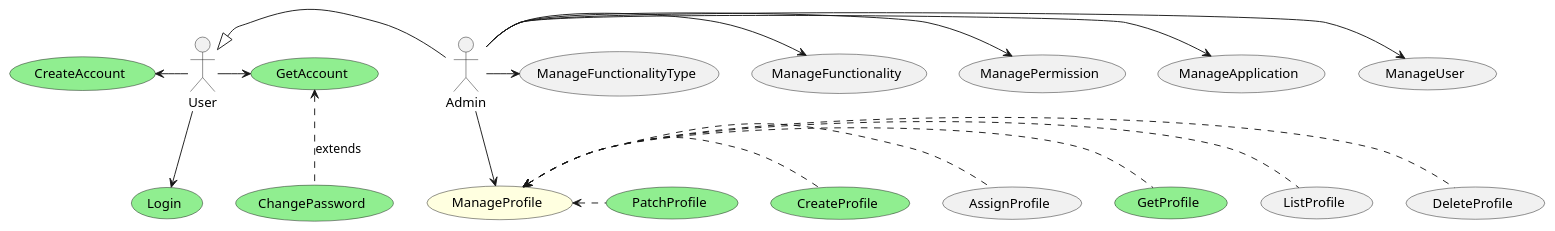
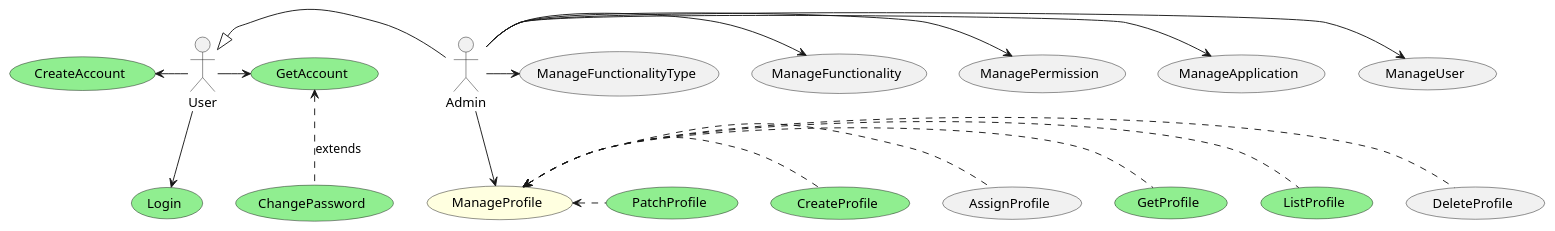
The diagram in documentation/UseCase.iam.puml (zehgreven/nutri-be-ddd-ca), drawn with PlantUML before and after one commit. The commit also changed 12 other files, not shown here.

Commit message:
Created ListProfile

```diff
--- a/documentation/UseCase.iam.puml
+++ b/documentation/UseCase.iam.puml
@@ -1,36 +1,37 @@
 @startuml Use Case
 
 actor User
 actor Admin
 
 usecase CreateAccount #LightGreen
 usecase Login #LightGreen
 usecase GetAccount #LightGreen
 usecase ChangePassword #LightGreen
 usecase CreateProfile #LightGreen
 usecase GetProfile #LightGreen
 usecase PatchProfile #LightGreen
+usecase ListProfile #LightGreen
 usecase ManageProfile #LightYellow
 
 User <|-r- Admin
 
 User -l-> (CreateAccount) 
 User -r-> (GetAccount)
 (GetAccount) <.d. (ChangePassword) : extends
 User -d-> (Login)
 
 Admin --> (ManageProfile) 
 (ManageProfile) <.r. (AssignProfile) 
 (ManageProfile) <.r. (CreateProfile) 
 (ManageProfile) <.r. (PatchProfile) 
 (ManageProfile) <.r. (DeleteProfile) 
 (ManageProfile) <.r. (ListProfile) 
 (ManageProfile) <.r. (GetProfile) 
 
 Admin -r-> (ManageUser) 
 Admin -r-> (ManageApplication) 
 Admin -r-> (ManagePermission) 
 Admin -r-> (ManageFunctionality) 
 Admin -r-> (ManageFunctionalityType) 
 
 @enduml
```
